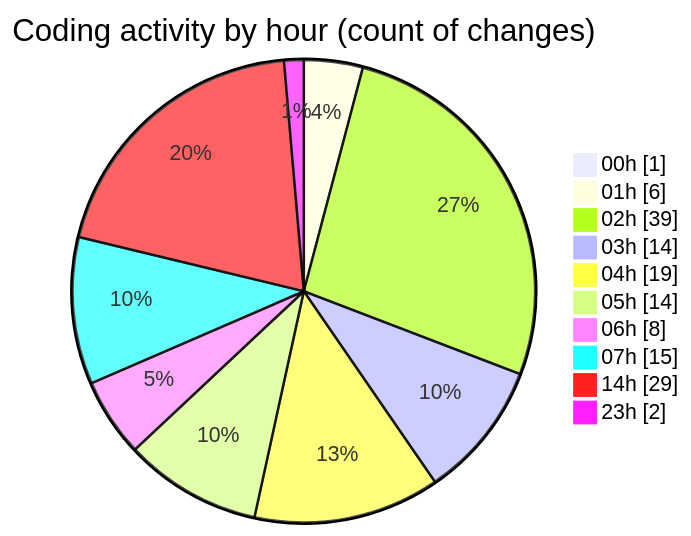
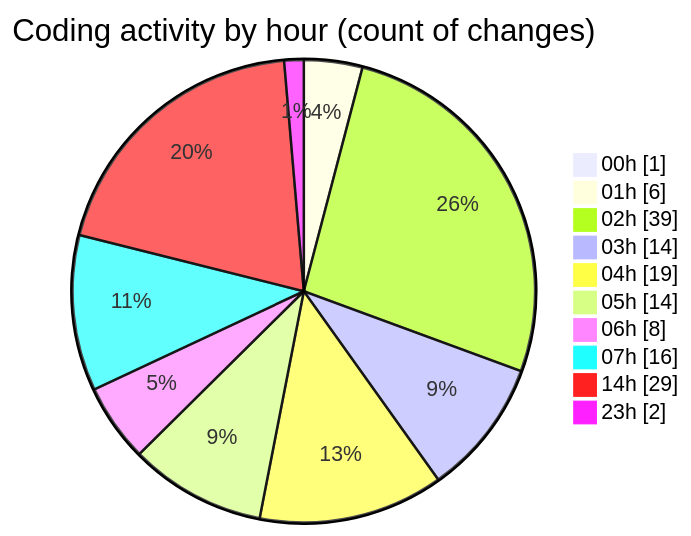
Before and after one commit to charlie-sans/code-tracking: the second of 2 diagrams in 2025-02-19/masm/README.md, drawn with Mermaid. The commit also changed other lines of this file and 1 other file, not shown here.

````diff
--- a/2025-02-19/masm/README.md
+++ b/2025-02-19/masm/README.md
@@ -53,14 +53,14 @@
 ```mermaid
 pie showData
 title Coding activity by hour (count of changes)
 "00h" : 1
 "01h" : 6
 "02h" : 39
 "03h" : 14
 "04h" : 19
 "05h" : 14
 "06h" : 8
-"07h" : 15
+"07h" : 16
 "14h" : 29
 "23h" : 2
 ```
````
